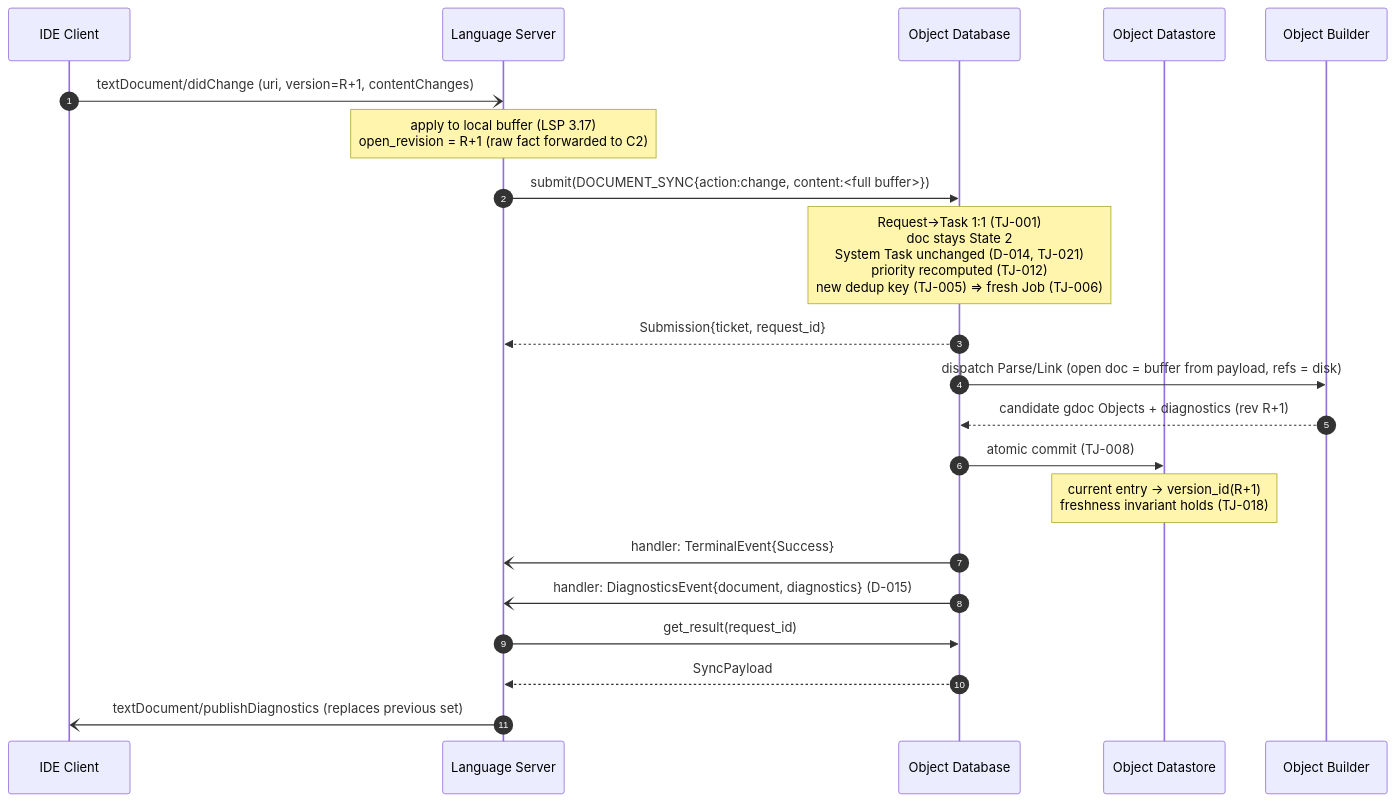
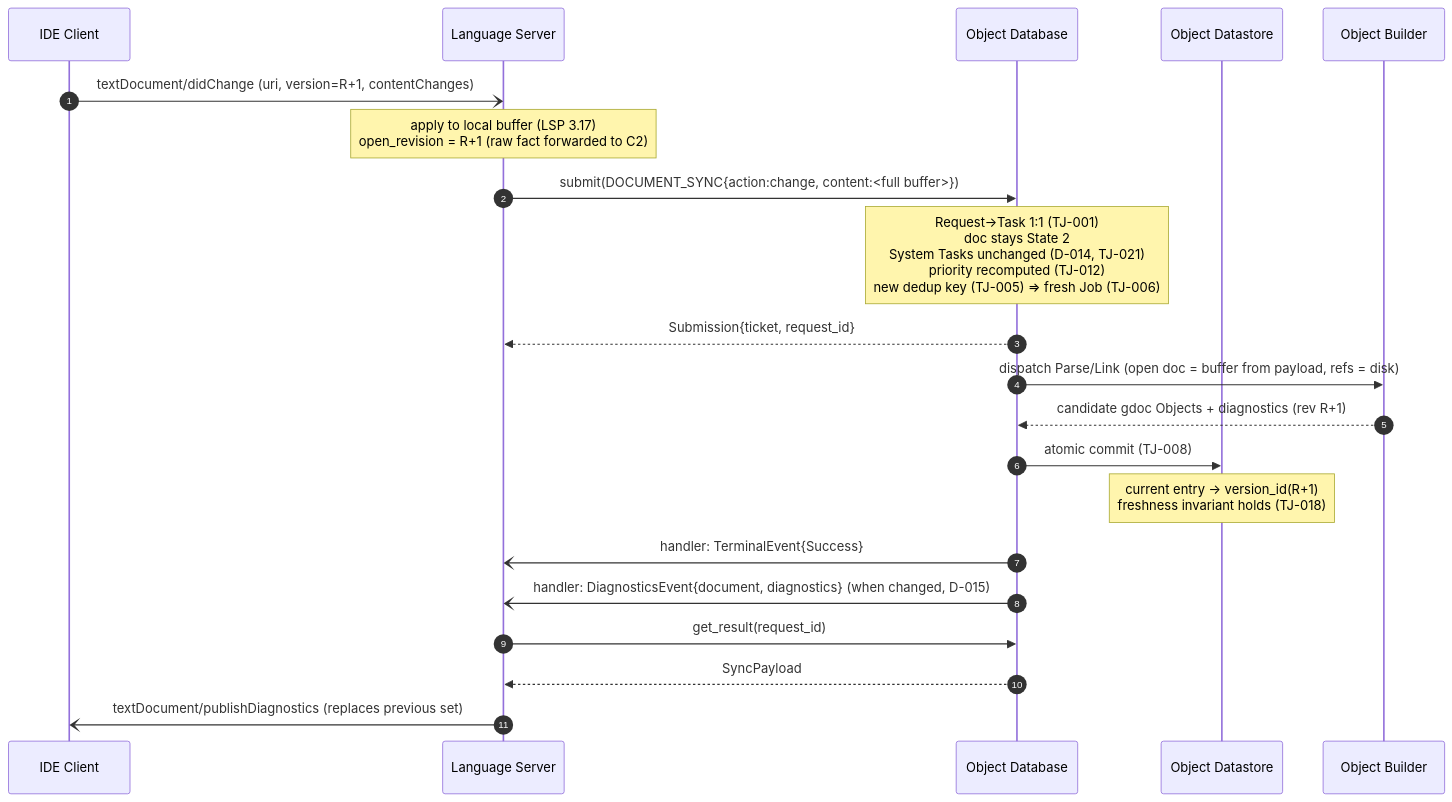
One commit to tyskdm/gdoc changed the diagram in docs/architecture/gdocServer/usecases/UC-003_EditText.md. Above: the diagram before and after it, drawn with Mermaid. The commit also changed other lines of this file and 5 other files, not shown here.

````diff
--- a/docs/architecture/gdocServer/usecases/UC-003_EditText.md
+++ b/docs/architecture/gdocServer/usecases/UC-003_EditText.md
@@ -189,24 +199,24 @@
 ```mermaid
 sequenceDiagram
     autonumber
     participant IDE as IDE Client
     participant C1 as Language Server
     participant C2 as Object Database
     participant C3 as Object Datastore
     participant C4 as Object Builder
 
     IDE-)C1: textDocument/didChange (uri, version=R+1, contentChanges)
     Note over C1: apply to local buffer (LSP 3.17)<br>open_revision = R+1 (raw fact forwarded to C2)
     C1->>C2: submit(DOCUMENT_SYNC{action:change, content:<full buffer>})
-    Note over C2: Request→Task 1:1 (TJ-001)<br>doc stays State 2<br>System Task unchanged (D-014, TJ-021)<br>priority recomputed (TJ-012)<br>new dedup key (TJ-005) ⇒ fresh Job (TJ-006)
+    Note over C2: Request→Task 1:1 (TJ-001)<br>doc stays State 2<br>System Tasks unchanged (D-014, TJ-021)<br>priority recomputed (TJ-012)<br>new dedup key (TJ-005) ⇒ fresh Job (TJ-006)
     C2-->>C1: Submission{ticket, request_id}
     C2->>C4: dispatch Parse/Link (open doc = buffer from payload, refs = disk)
     C4-->>C2: candidate gdoc Objects + diagnostics (rev R+1)
     C2->>C3: atomic commit (TJ-008)
     Note over C3: current entry → version_id(R+1)<br>freshness invariant holds (TJ-018)
     C2-)C1: handler: TerminalEvent{Success}
-    C2-)C1: handler: DiagnosticsEvent{document, diagnostics} (D-015)
+    C2-)C1: handler: DiagnosticsEvent{document, diagnostics} (when changed, D-015)
     C1->>C2: get_result(request_id)
     C2-->>C1: SyncPayload
     C1-)IDE: textDocument/publishDiagnostics (replaces previous set)
 ```
````
